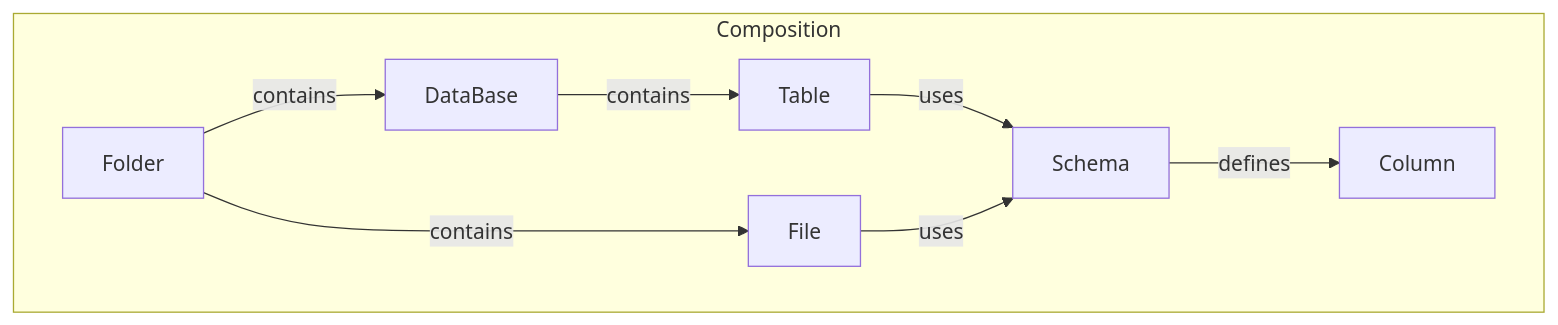
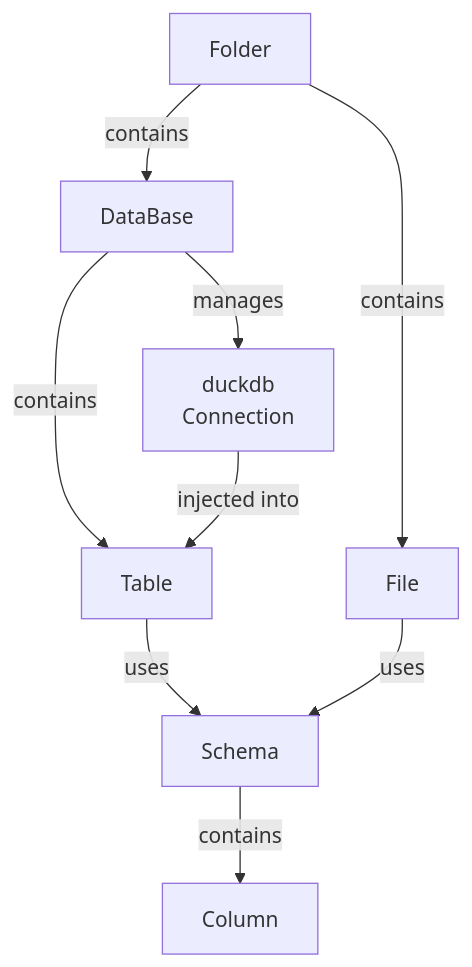
The third of 3 diagrams in docs/CODE_ARCHITECTURE.md (OutSquareCapital/framelib), drawn with Mermaid before and after one commit. The commit also changed other lines of this file and 1 other file, not shown here.

````diff
--- a/docs/CODE_ARCHITECTURE.md
+++ b/docs/CODE_ARCHITECTURE.md
@@ -127,14 +173,15 @@
 ```mermaid
 graph TD
-    subgraph Composition
-        Folder -- "contains" --> File
-        Folder -- "contains" --> DataBase
-
-        DataBase -- "contains" --> Table
-
-        Table -- "uses" --> Schema
-        File -- "uses" --> Schema
-
-        Schema -- "defines" --> Column
-    end
+    Folder -->|contains| File
+    Folder -->|contains| DataBase
+    
+    DataBase -->|contains| Table
+    
+    Table -->|uses| Schema
+    File -->|uses| Schema
+    
+    Schema -->|contains| Column
+    
+    DataBase -->|manages| Connection["duckdb<br/>Connection"]
+    Connection -->|injected into| Table
 ```
````
